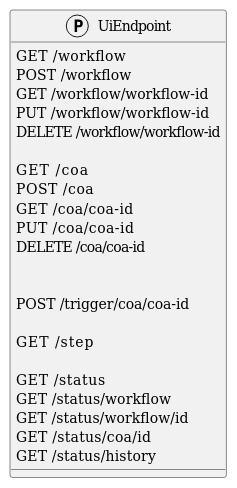
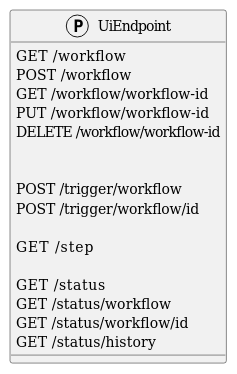
Before and after one commit to COSSAS/SOARCA: the first of 18 diagrams in doc/soarca-api.adoc, drawn with PlantUML. The commit also changed other lines of this file, not shown here.

Commit message:
Removed COA part and updated current implementation details for SOARCA API

```diff
--- a/doc/soarca-api.adoc
+++ b/doc/soarca-api.adoc
@@ -56,34 +14,28 @@
 [plantuml, target=soar-ca-classes, format=png]
 ....
 @startuml
 protocol UiEndpoint {
     GET     /workflow
     POST    /workflow
     GET     /workflow/workflow-id
     PUT     /workflow/workflow-id
     DELETE  /workflow/workflow-id
 
-    GET     /coa
-    POST    /coa
-    GET     /coa/coa-id
-    PUT     /coa/coa-id
-    DELETE  /coa/coa-id
 
-
-    POST    /trigger/coa/coa-id
+    POST    /trigger/workflow
+    POST    /trigger/workflow/id
 
     GET     /step
 
     GET     /status
     GET     /status/workflow
     GET     /status/workflow/id
-    GET     /status/coa/id
     GET     /status/history
 
 }
 
 
 
 
 @enduml
 ....
```
